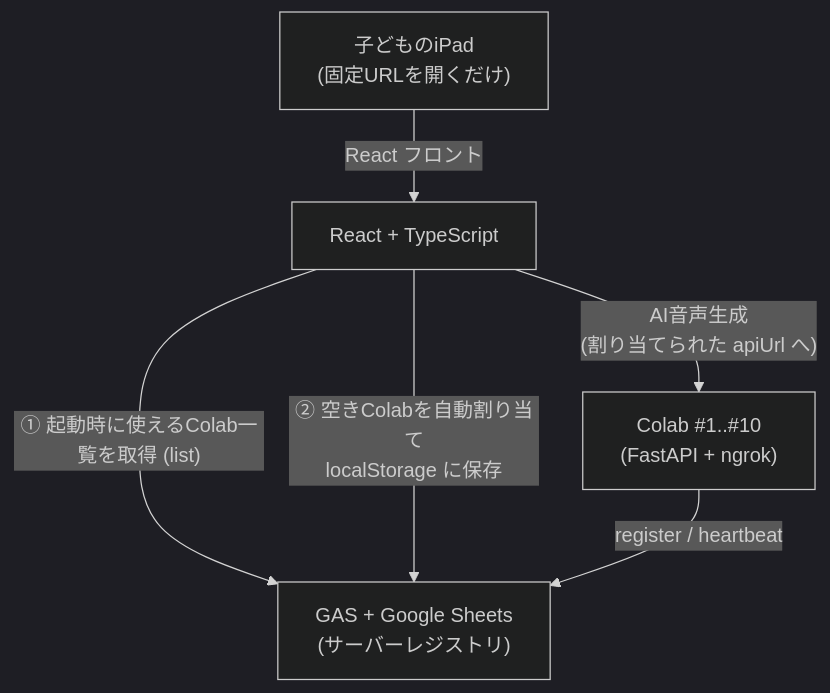
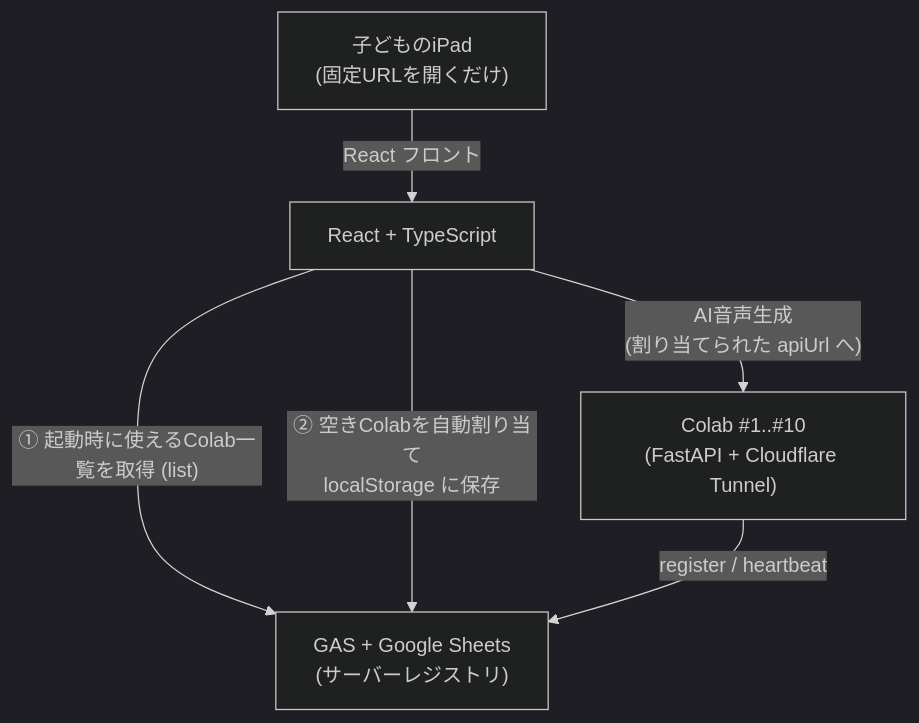
Before and after one commit to TaiyoYamada/koekomi: the first of 2 diagrams in README.md, drawn with Mermaid (dark theme). The commit also changed other lines of this file and 13 other files, not shown here.

````diff
--- a/README.md
+++ b/README.md
@@ -9,8 +9,8 @@
 ```mermaid
 flowchart TD
     iPad["子どものiPad<br/>(固定URLを開くだけ)"] -->|React フロント| Front["React + TypeScript"]
     Front -->|"① 起動時に使えるColab一覧を取得 (list)"| GAS["GAS + Google Sheets<br/>(サーバーレジストリ)"]
     Front -->|"② 空きColabを自動割り当て<br/>localStorage に保存"| GAS
-    Colab["Colab #1..#10<br/>(FastAPI + ngrok)"] -->|register / heartbeat| GAS
+    Colab["Colab #1..#10<br/>(FastAPI + Cloudflare Tunnel)"] -->|register / heartbeat| GAS
     Front -->|"AI音声生成<br/>(割り当てられた apiUrl へ)"| Colab
 ```
````
